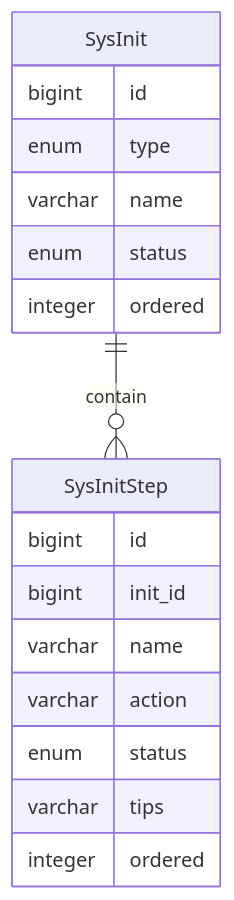
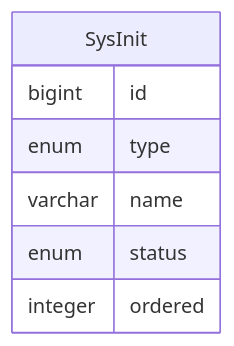
Before and after one commit to mrzhqiang/rowing: the diagram in docs/project/3.sys-init.md, drawn with Mermaid. The commit also changed other lines of this file, not shown here.

````diff
--- a/docs/project/3.sys-init.md
+++ b/docs/project/3.sys-init.md
@@ -40,20 +24,10 @@
 ```mermaid
 erDiagram
-    SysInit ||--o{ SysInitStep : contain
     SysInit {
         bigint id
         enum type
         varchar name
         enum status
         integer ordered
     }
-    SysInitStep {
-        bigint id
-        bigint init_id
-        varchar name
-        varchar action
-        enum status
-        varchar tips
-        integer ordered
-    }
 ```
````
